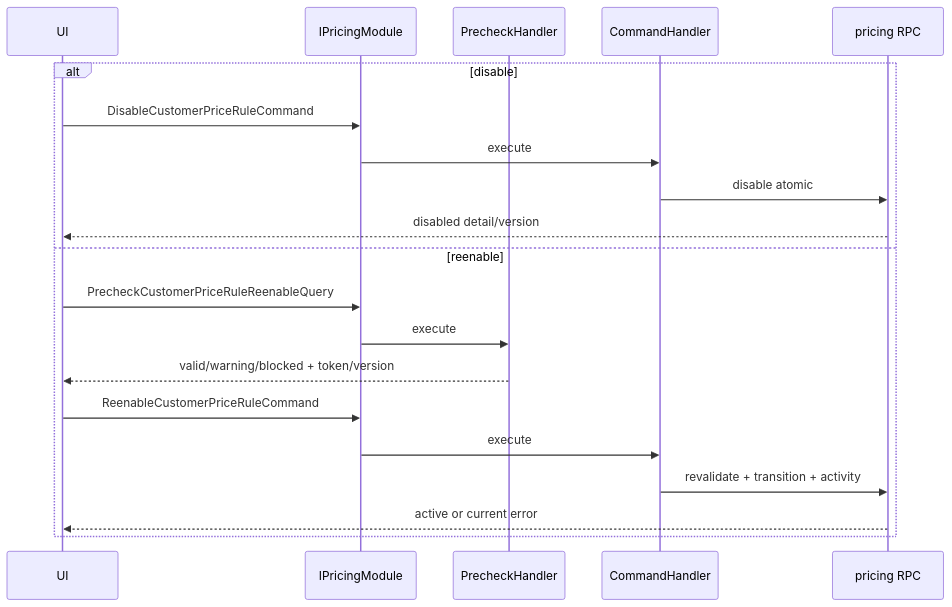
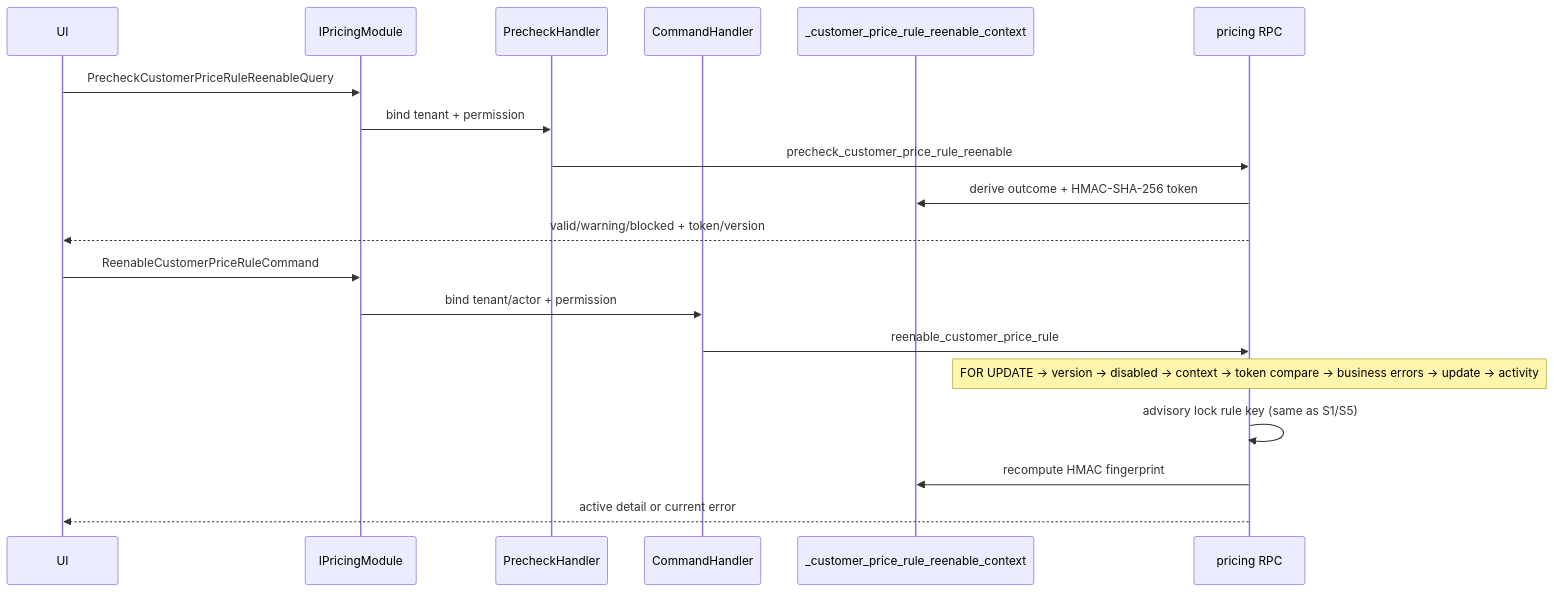
One commit to DsChien102/erp-sales-inventory changed the second of 3 diagrams in docs/themes/TH-04-pricing-promotions/harness/03-architecture-and-flows.md. Above: the diagram before and after it, drawn with Mermaid. The commit also changed other lines of this file and 241 other files, not shown here.

````diff
--- a/docs/themes/TH-04-pricing-promotions/harness/03-architecture-and-flows.md
+++ b/docs/themes/TH-04-pricing-promotions/harness/03-architecture-and-flows.md
@@ -62,23 +93,22 @@
 ```mermaid
 sequenceDiagram
   participant UI
   participant MED as IPricingModule
   participant Q as PrecheckHandler
   participant C as CommandHandler
+  participant H as _customer_price_rule_reenable_context
   participant RPC as pricing RPC
 
-  alt disable
-    UI->>MED: DisableCustomerPriceRuleCommand
-    MED->>C: execute
-    C->>RPC: disable atomic
-    RPC-->>UI: disabled detail/version
-  else reenable
-    UI->>MED: PrecheckCustomerPriceRuleReenableQuery
-    MED->>Q: execute
-    Q-->>UI: valid/warning/blocked + token/version
-    UI->>MED: ReenableCustomerPriceRuleCommand
-    MED->>C: execute
-    C->>RPC: revalidate + transition + activity
-    RPC-->>UI: active or current error
-  end
+  UI->>MED: PrecheckCustomerPriceRuleReenableQuery
+  MED->>Q: bind tenant + permission
+  Q->>RPC: precheck_customer_price_rule_reenable
+  RPC->>H: derive outcome + HMAC-SHA-256 token
+  RPC-->>UI: valid/warning/blocked + token/version
+  UI->>MED: ReenableCustomerPriceRuleCommand
+  MED->>C: bind tenant/actor + permission
+  C->>RPC: reenable_customer_price_rule
+  Note over RPC: FOR UPDATE → version → disabled → context → token compare → business errors → update → activity
+  RPC->>RPC: advisory lock rule key (same as S1/S5)
+  RPC->>H: recompute HMAC fingerprint
+  RPC-->>UI: active detail or current error
 ```
````
